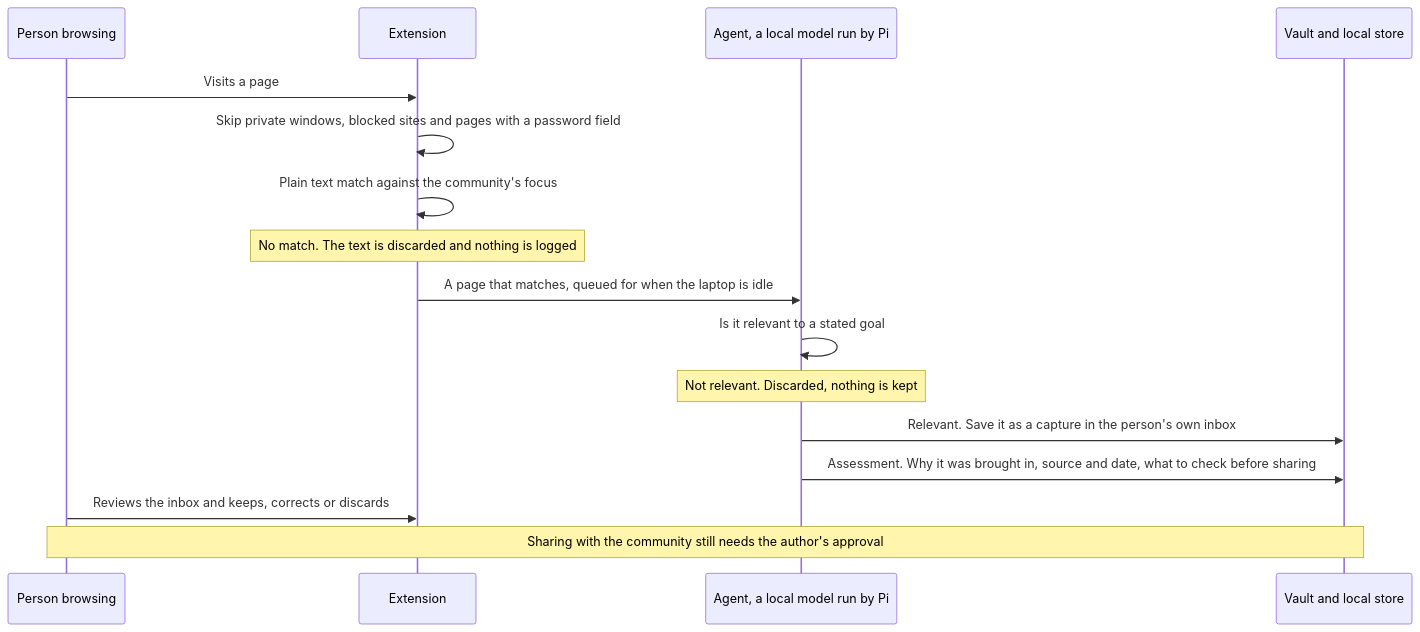
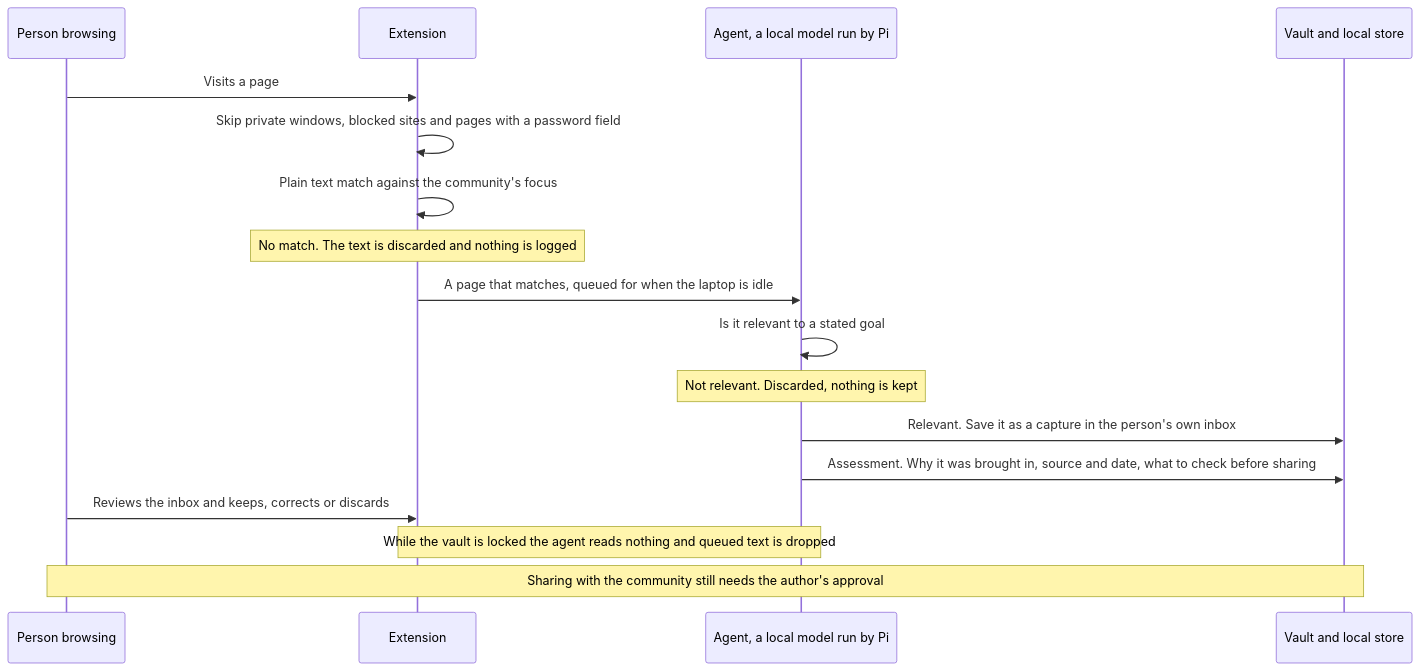
One commit to greenpill-dev-guild/green-goods changed the third of 14 diagrams in .plans/ideas/grove/architecture-flows.md. Above: the diagram before and after it, drawn with Mermaid. The commit also changed other lines of this file and 5 other files, not shown here.

````diff
--- a/.plans/ideas/grove/architecture-flows.md
+++ b/.plans/ideas/grove/architecture-flows.md
@@ -76,18 +76,19 @@
 ```mermaid
 sequenceDiagram
   participant P as Person browsing
   participant X as Extension
   participant A as Agent, a local model run by Pi
   participant V as Vault and local store
   P->>X: Visits a page
   X->>X: Skip private windows, blocked sites and pages with a password field
   X->>X: Plain text match against the community's focus
   Note over X: No match. The text is discarded and nothing is logged
   X->>A: A page that matches, queued for when the laptop is idle
   A->>A: Is it relevant to a stated goal
   Note over A: Not relevant. Discarded, nothing is kept
   A->>V: Relevant. Save it as a capture in the person's own inbox
   A->>V: Assessment. Why it was brought in, source and date, what to check before sharing
   P->>X: Reviews the inbox and keeps, corrects or discards
+  Note over X,A: While the vault is locked the agent reads nothing and queued text is dropped
   Note over P,V: Sharing with the community still needs the author's approval
 ```
````
